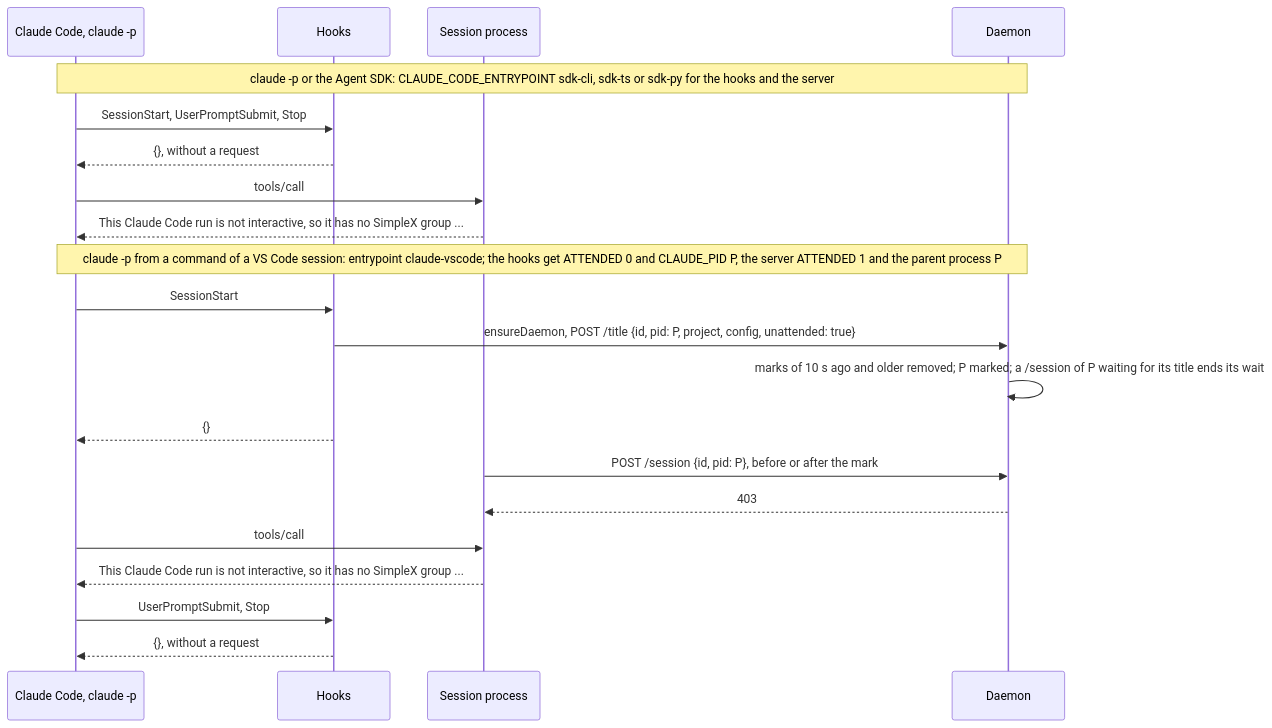
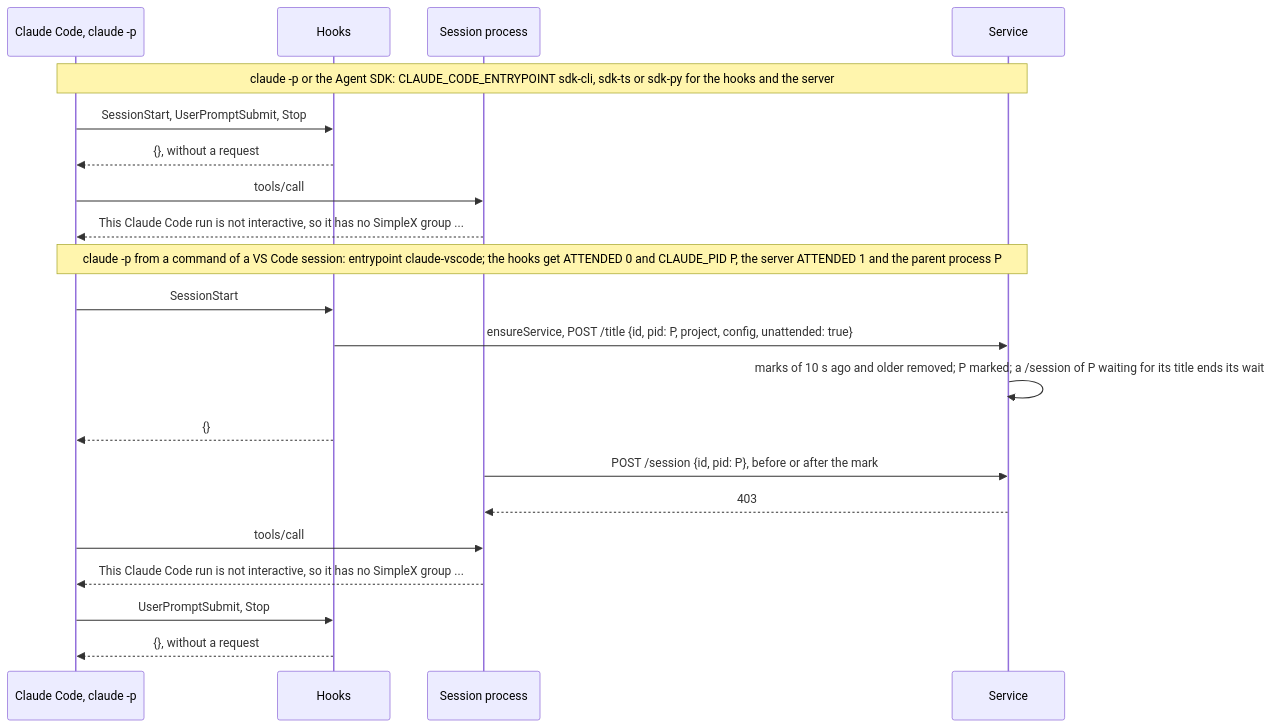
One commit to simplex-chat/simplex-chat changed diagram 30 of 30 in packages/simplex-chat-mcp/spec/flows.md. Above: the diagram before and after it, drawn with Mermaid. The commit also changed other lines of this file and 28 other files, not shown here.

Commit message:
mcp: rename the plugin's daemon to the service

````diff
--- a/packages/simplex-chat-mcp/spec/flows.md
+++ b/packages/simplex-chat-mcp/spec/flows.md
@@ -1312,23 +1312,23 @@
 ```mermaid
 sequenceDiagram
   participant CC as Claude Code, claude -p
   participant HK as Hooks
   participant S as Session process
-  participant D as Daemon
+  participant D as Service
   Note over CC,D: claude -p or the Agent SDK: CLAUDE_CODE_ENTRYPOINT sdk-cli, sdk-ts or sdk-py for the hooks and the server
   CC->>HK: SessionStart, UserPromptSubmit, Stop
   HK-->>CC: {}, without a request
   CC->>S: tools/call
   S-->>CC: This Claude Code run is not interactive, so it has no SimpleX group ...
   Note over CC,D: claude -p from a command of a VS Code session: entrypoint claude-vscode#59; the hooks get ATTENDED 0 and CLAUDE_PID P, the server ATTENDED 1 and the parent process P
   CC->>HK: SessionStart
-  HK->>D: ensureDaemon, POST /title {id, pid: P, project, config, unattended: true}
+  HK->>D: ensureService, POST /title {id, pid: P, project, config, unattended: true}
   D->>D: marks of 10 s ago and older removed#59; P marked#59; a /session of P waiting for its title ends its wait
   HK-->>CC: {}
   S->>D: POST /session {id, pid: P}, before or after the mark
   D-->>S: 403
   CC->>S: tools/call
   S-->>CC: This Claude Code run is not interactive, so it has no SimpleX group ...
   CC->>HK: UserPromptSubmit, Stop
   HK-->>CC: {}, without a request
 ```
````
